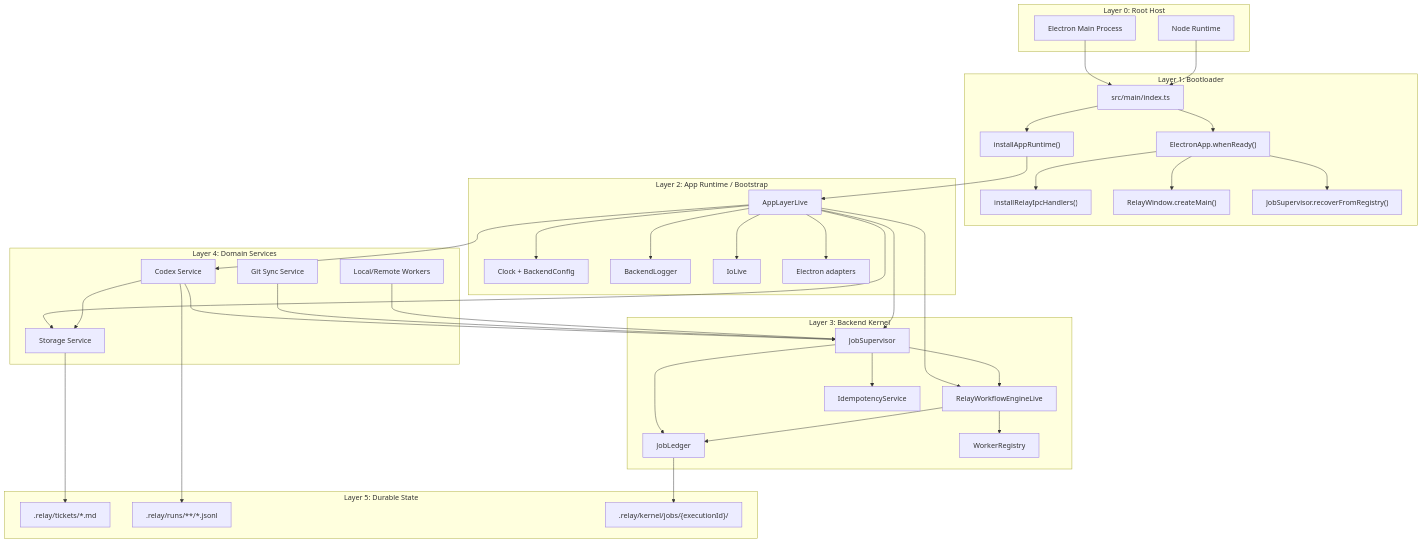
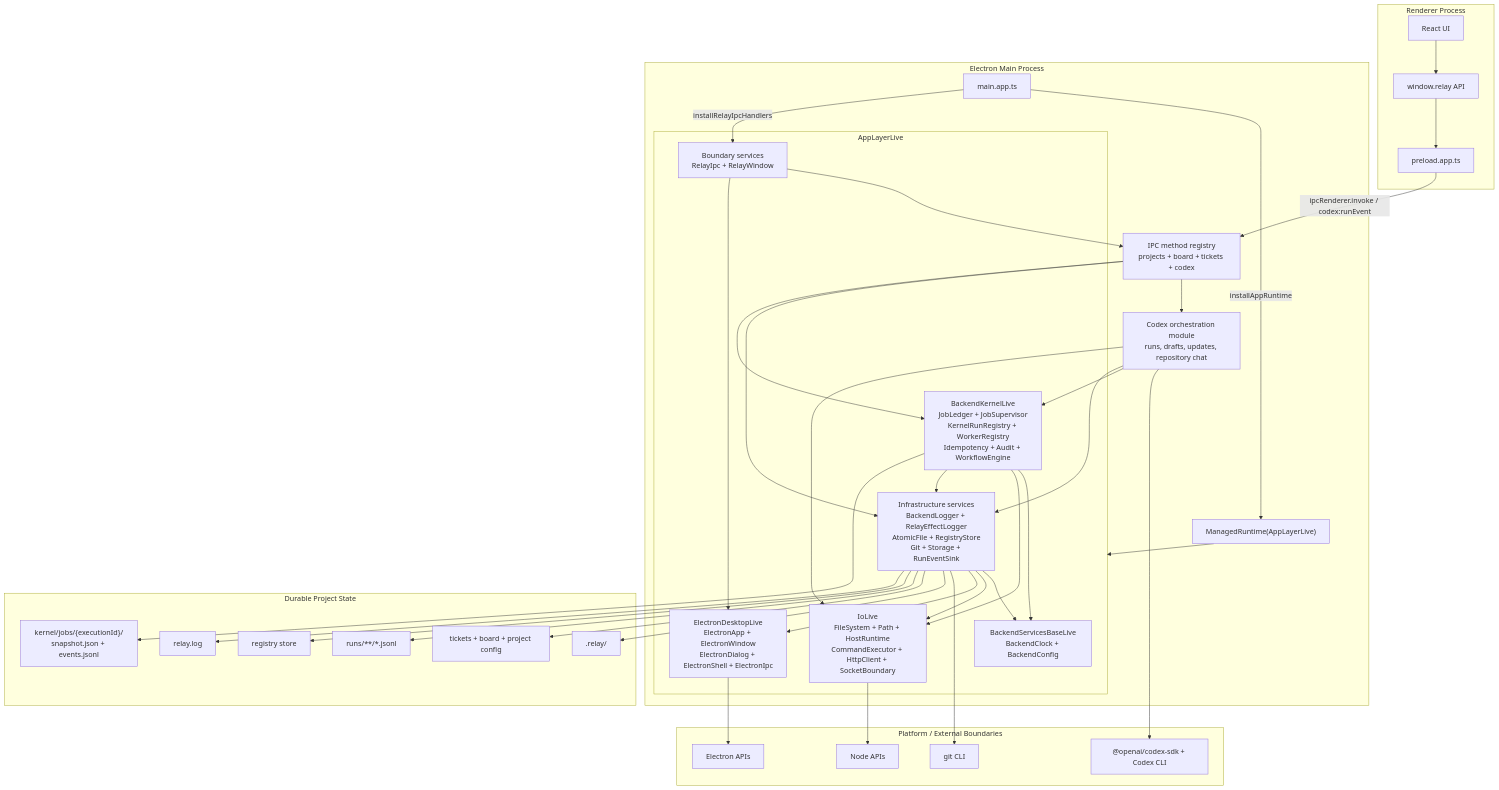
The first of 3 diagrams in docs/effect-layered-architecture.md (robertpitt/codex-relay), drawn with Mermaid before and after one commit. The commit also changed other lines of this file and 176 other files, not shown here.

Commit message:
Use effect v4 rpc layer

````diff
--- a/docs/effect-layered-architecture.md
+++ b/docs/effect-layered-architecture.md
@@ -37,77 +22,74 @@
 ```mermaid
-flowchart TD
-  subgraph L0["Layer 0: Root Host"]
-    ElectronMain["Electron Main Process"]
-    NodeRuntime["Node Runtime"]
+flowchart TB
+  subgraph R["Renderer Process"]
+    UI["React UI"]
+    RelayApi["window.relay API"]
+    Preload["preload.app.ts"]
   end
 
-  subgraph L1["Layer 1: Bootloader"]
-    MainEntry["src/main/index.ts"]
-    InstallRuntime["installAppRuntime()"]
-    Ready["ElectronApp.whenReady()"]
-    RegisterIpc["installRelayIpcHandlers()"]
-    CreateWindow["RelayWindow.createMain()"]
-    Recovery["JobSupervisor.recoverFromRegistry()"]
+  subgraph M["Electron Main Process"]
+    Main["main.app.ts"]
+    Runtime["ManagedRuntime(AppLayerLive)"]
+
+    subgraph A["AppLayerLive"]
+      Base["BackendServicesBaseLive<br/>BackendClock + BackendConfig"]
+      Io["IoLive<br/>FileSystem + Path + HostRuntime<br/>CommandExecutor + HttpClient + SocketBoundary"]
+      Electron["ElectronDesktopLive<br/>ElectronApp + ElectronWindow<br/>ElectronDialog + ElectronShell + ElectronIpc"]
+      Boundaries["Boundary services<br/>RelayIpc + RelayWindow"]
+      Infra["Infrastructure services<br/>BackendLogger + RelayEffectLogger<br/>AtomicFile + RegistryStore<br/>Git + Storage + RunEventSink"]
+      Kernel["BackendKernelLive<br/>JobLedger + JobSupervisor<br/>KernelRunRegistry + WorkerRegistry<br/>Idempotency + Audit + WorkflowEngine"]
+    end
+
+    Methods["IPC method registry<br/>projects + board + tickets + codex"]
+    Codex["Codex orchestration module<br/>runs, drafts, updates, repository chat"]
   end
 
-  subgraph L2["Layer 2: App Runtime / Bootstrap"]
-    AppLayer["AppLayerLive"]
-    Base["Clock + BackendConfig"]
-    Logger["BackendLogger"]
-    IO["IoLive"]
-    ElectronAdapters["Electron adapters"]
+  subgraph P["Platform / External Boundaries"]
+    ElectronRuntime["Electron APIs"]
+    NodeRuntime["Node APIs"]
+    CodexSdk["@openai/codex-sdk + Codex CLI"]
+    GitCli["git CLI"]
   end
 
-  subgraph L3["Layer 3: Backend Kernel"]
-    WorkflowEngine["RelayWorkflowEngineLive"]
-    JobLedger["JobLedger"]
-    Supervisor["JobSupervisor"]
-    Idempotency["IdempotencyService"]
-    WorkerRegistry["WorkerRegistry"]
+  subgraph D["Durable Project State"]
+    RelayDir[".relay/"]
+    Tickets["tickets + board + project config"]
+    RunLogs["runs/**/*.jsonl"]
+    KernelStore["kernel/jobs/{executionId}/<br/>snapshot.json + events.jsonl"]
+    Registry["registry store"]
+    AppLog["relay.log"]
   end
 
-  subgraph L4["Layer 4: Domain Services"]
-    Storage["Storage Service"]
-    Codex["Codex Service"]
-    GitSync["Git Sync Service"]
-    Workers["Local/Remote Workers"]
-  end
+  UI --> RelayApi --> Preload
+  Preload -->|ipcRenderer.invoke / codex:runEvent| Methods
+  Main -->|installAppRuntime| Runtime
+  Runtime --> A
+  Main -->|installRelayIpcHandlers| Boundaries
+  Boundaries --> Methods
+  Methods --> Infra
+  Methods --> Kernel
+  Methods --> Codex
 
-  subgraph L5["Layer 5: Durable State"]
-    Tickets[".relay/tickets/*.md"]
-    Runs[".relay/runs/**/*.jsonl"]
-    Kernel[".relay/kernel/jobs/{executionId}/"]
-  end
+  Boundaries --> Electron
+  Infra --> Base
+  Infra --> Io
+  Infra --> Electron
+  Kernel --> Base
+  Kernel --> Io
+  Kernel --> Infra
+  Codex --> Kernel
+  Codex --> Infra
+  Codex --> Io
 
-  ElectronMain --> MainEntry
-  NodeRuntime --> MainEntry
-  MainEntry --> InstallRuntime
-  MainEntry --> Ready
-  Ready --> RegisterIpc
-  Ready --> CreateWindow
-  Ready --> Recovery
+  Electron --> ElectronRuntime
+  Io --> NodeRuntime
+  Codex --> CodexSdk
+  Infra --> GitCli
 
-  InstallRuntime --> AppLayer
-  AppLayer --> Base
-  AppLayer --> Logger
-  AppLayer --> IO
-  AppLayer --> ElectronAdapters
-  AppLayer --> WorkflowEngine
-  AppLayer --> Supervisor
-  AppLayer --> Storage
-  AppLayer --> Codex
-
-  Supervisor --> WorkflowEngine
-  Supervisor --> JobLedger
-  Supervisor --> Idempotency
-  WorkflowEngine --> JobLedger
-  WorkflowEngine --> WorkerRegistry
-
-  Codex --> Supervisor
-  Codex --> Storage
-  Storage --> Tickets
-  Codex --> Runs
-  JobLedger --> Kernel
-  GitSync --> Supervisor
-  Workers --> Supervisor
+  Infra --> RelayDir
+  Infra --> Tickets
+  Infra --> RunLogs
+  Infra --> Registry
+  Infra --> AppLog
+  Kernel --> KernelStore
 ```
````
